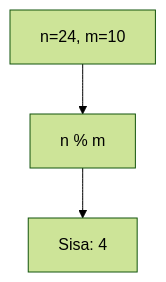
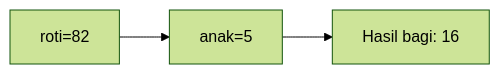
One commit to amnahwaida/OSNK_INF_PREP changed the fifth of 25 diagrams in part-c-pemahaman-cpp/01-tipe-data/latihan/set-01.md. Above: the diagram before and after it, drawn with Mermaid (forest theme). The commit also changed other lines of this file and 71 other files, not shown here.

````diff
--- a/part-c-pemahaman-cpp/01-tipe-data/latihan/set-01.md
+++ b/part-c-pemahaman-cpp/01-tipe-data/latihan/set-01.md
@@ -131,5 +136,5 @@
 ```mermaid
-graph TD
-A["n=24, m=10"] --> B["n % m"]
-B --> C["Sisa: 4"]
+graph LR
+A["roti=82"] --> B["anak=5"]
+B --> C["Hasil bagi: 16"]
 ```
````
